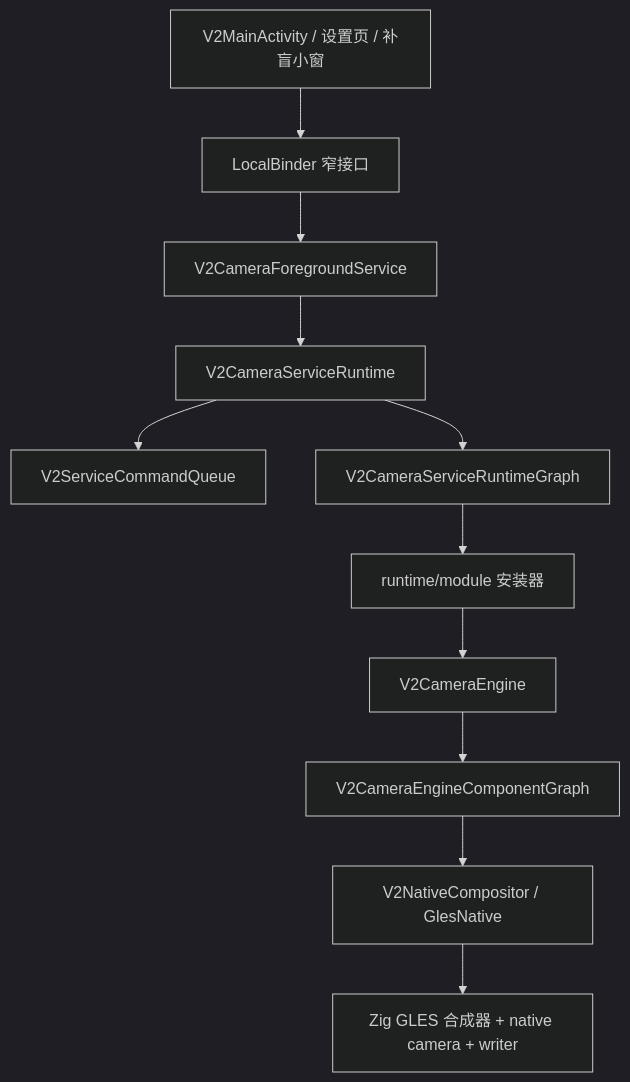
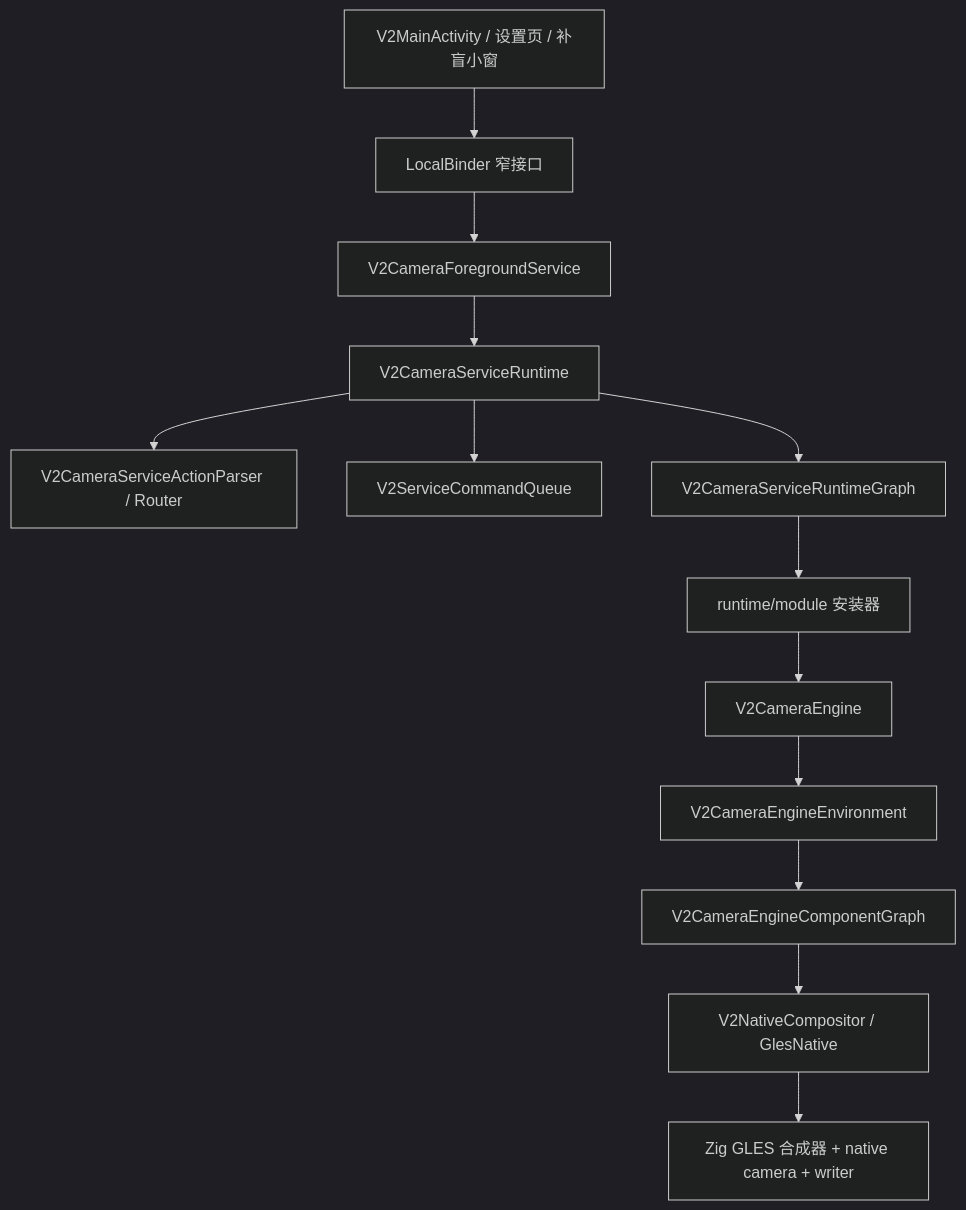
Before and after one commit to Ghost3972/EVCamV2: the diagram in README.md, drawn with Mermaid (dark theme). The commit also changed other lines of this file and 29 other files, not shown here.

````diff
--- a/README.md
+++ b/README.md
@@ -121,13 +119,15 @@
 ```mermaid
 flowchart TD
     UI["V2MainActivity / 设置页 / 补盲小窗"] --> Binder["LocalBinder 窄接口"]
     Binder --> Service["V2CameraForegroundService"]
     Service --> Runtime["V2CameraServiceRuntime"]
+    Runtime --> Actions["V2CameraServiceActionParser / Router"]
     Runtime --> Queue["V2ServiceCommandQueue"]
     Runtime --> Graph["V2CameraServiceRuntimeGraph"]
     Graph --> Modules["runtime/module 安装器"]
     Modules --> Engine["V2CameraEngine"]
-    Engine --> EngineGraph["V2CameraEngineComponentGraph"]
+    Engine --> EngineEnv["V2CameraEngineEnvironment"]
+    EngineEnv --> EngineGraph["V2CameraEngineComponentGraph"]
     EngineGraph --> NativeBridge["V2NativeCompositor / GlesNative"]
     NativeBridge --> Zig["Zig GLES 合成器 + native camera + writer"]
 ```
````
